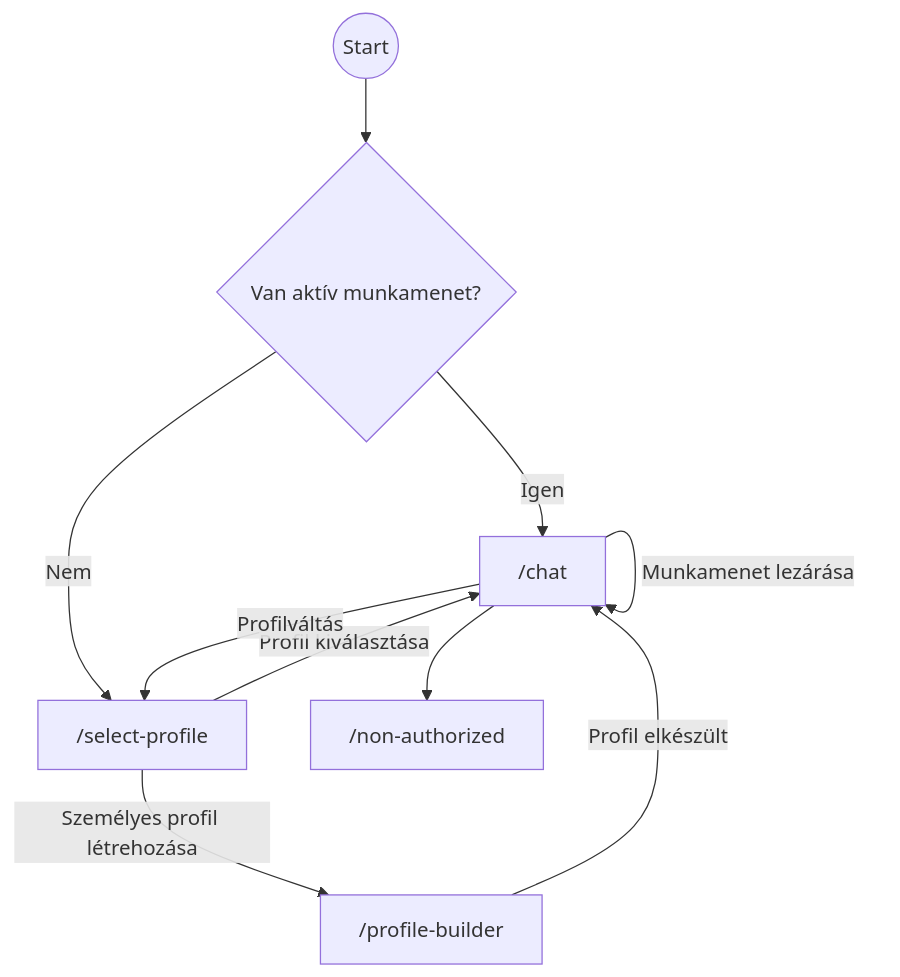
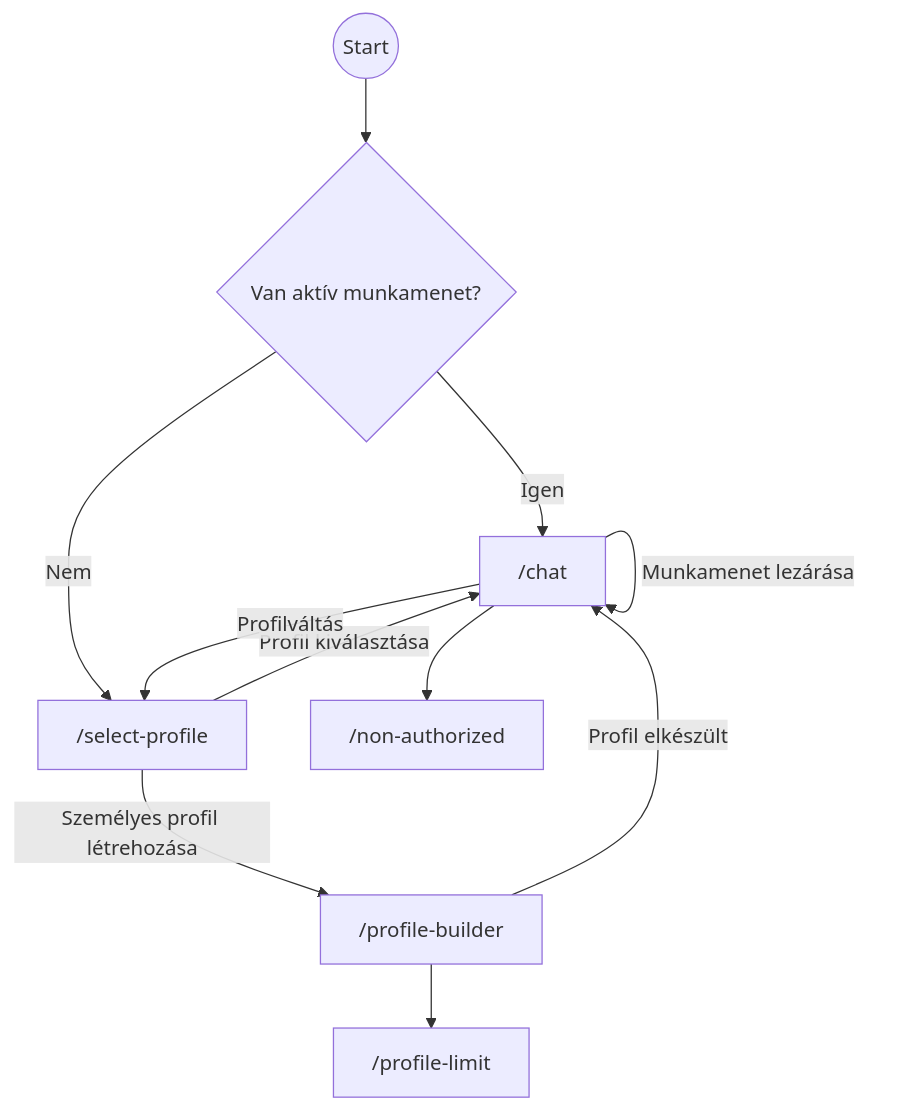
One commit to terfaval/reflecta-core changed the diagram in docs/feature-map.md. Above: the diagram before and after it, drawn with Mermaid. The commit also changed other lines of this file and 3 other files, not shown here.

Commit message:
added personal profile limit to premium users

````diff
--- a/docs/feature-map.md
+++ b/docs/feature-map.md
@@ -50,12 +51,13 @@
 ```mermaid
 flowchart TD
     start((Start)) --> select{Van aktív munkamenet?}
     select -- Igen --> chat["/chat"]
     select -- Nem --> profile["/select-profile"]
     profile -->|Profil kiválasztása| chat
     profile -->|Személyes profil létrehozása| builder["/profile-builder"]
     builder -->|Profil elkészült| chat
+    builder --> limit["/profile-limit"]
     chat -->|Profilváltás| profile
     chat -->|Munkamenet lezárása| chat
     chat --> nonauth["/non-authorized"]
 ```
````
